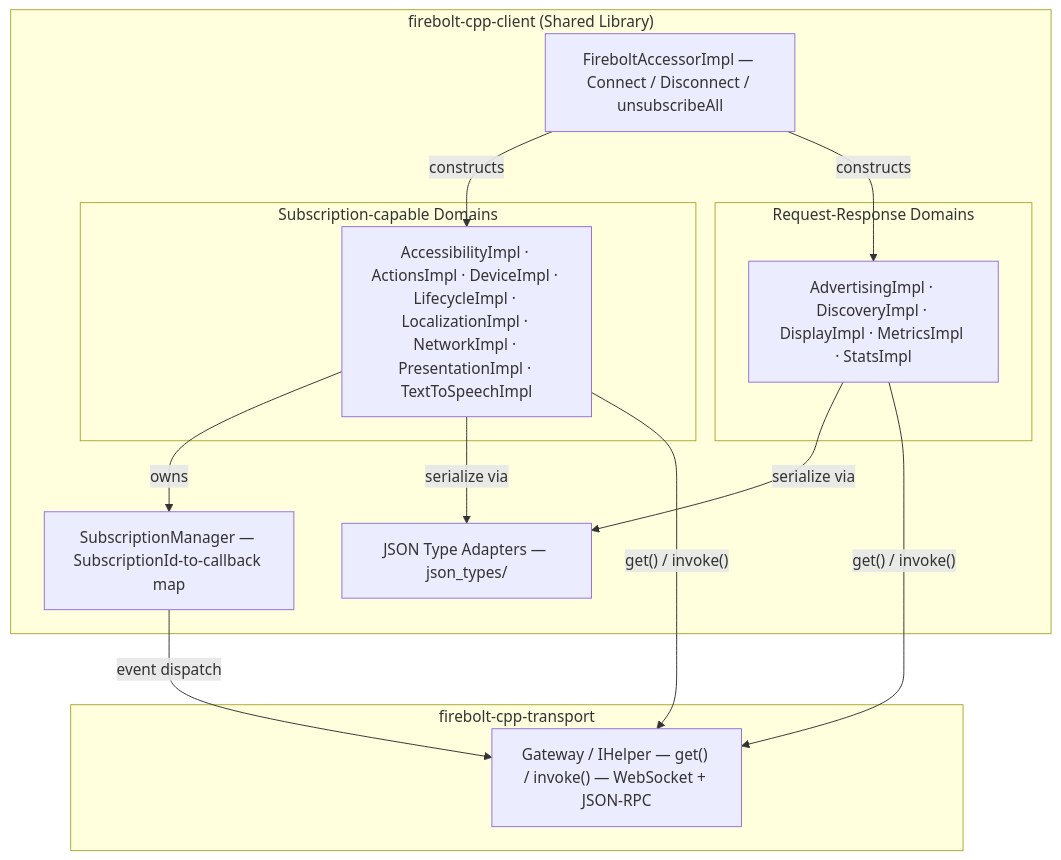
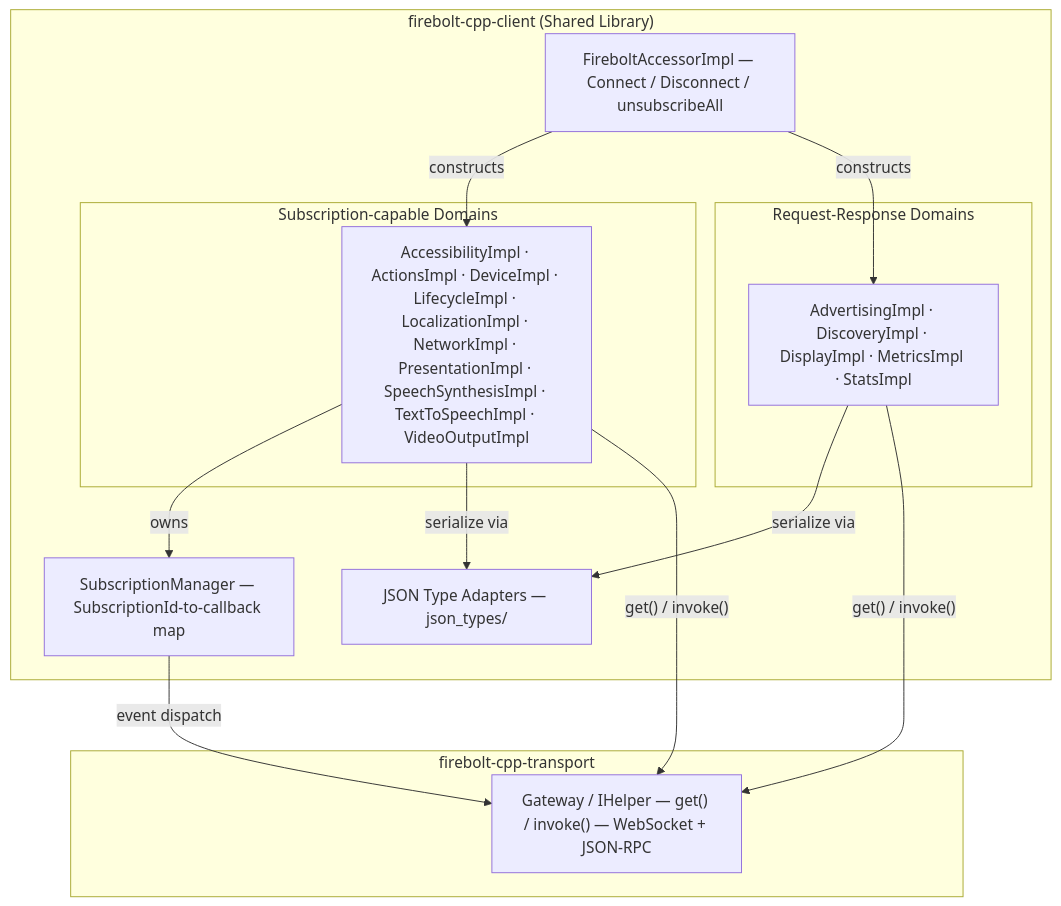
The second of 7 diagrams in docs/README.md (gourivarma3/firebolt-cpp-client), drawn with Mermaid before and after one commit. The commit also changed other lines of this file, not shown here.

````diff
--- a/docs/README.md
+++ b/docs/README.md
@@ -68,33 +68,33 @@
 ```mermaid
 graph TD
 
 subgraph ClientBoundary["firebolt-cpp-client (Shared Library)"]
 
     ACC["FireboltAccessorImpl — Connect / Disconnect / unsubscribeAll"]
 
     subgraph SubDomains["Subscription-capable Domains"]
-        SD["AccessibilityImpl · ActionsImpl · DeviceImpl · LifecycleImpl · LocalizationImpl · NetworkImpl · PresentationImpl · TextToSpeechImpl"]
+        SD["AccessibilityImpl · ActionsImpl · DeviceImpl · LifecycleImpl · LocalizationImpl · NetworkImpl · PresentationImpl · SpeechSynthesisImpl · TextToSpeechImpl · VideoOutputImpl"]
     end
 
     subgraph ReqDomains["Request-Response Domains"]
         RD["AdvertisingImpl · DiscoveryImpl · DisplayImpl · MetricsImpl · StatsImpl"]
     end
 
     JA["JSON Type Adapters — json_types/"]
     SM["SubscriptionManager — SubscriptionId-to-callback map"]
 
 end
 
 subgraph Transport["firebolt-cpp-transport"]
     GW["Gateway / IHelper — get() / invoke() — WebSocket + JSON-RPC"]
 end
 
 ACC -->|"constructs"| SD
 ACC -->|"constructs"| RD
 SD -->|"owns"| SM
 SD -->|"serialize via"| JA
 RD -->|"serialize via"| JA
 SD -->|"get() / invoke()"| GW
 RD -->|"get() / invoke()"| GW
 SM -->|"event dispatch"| GW
 ```
````
